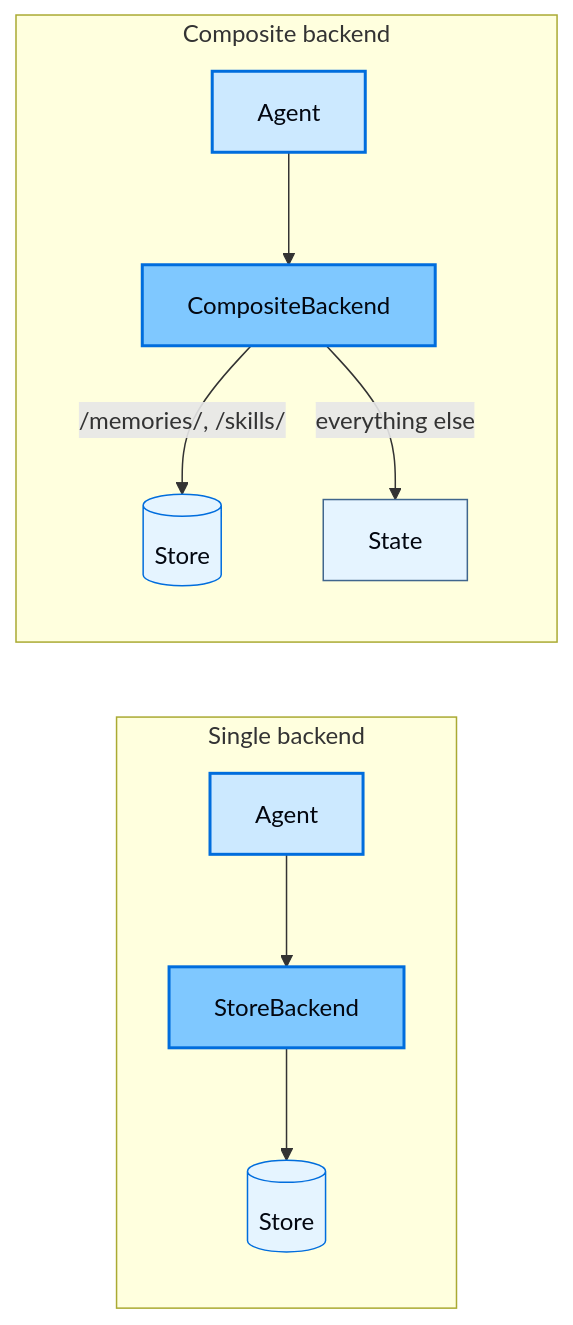
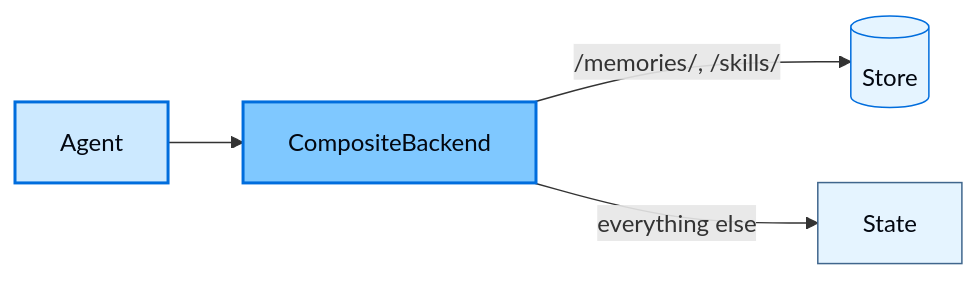
One commit to HelainSchoonjans/lca-deepagents changed the third of 3 diagrams in thinkific/src/m2/m2.2-filesystem.md. Above: the diagram before and after it, drawn with Mermaid. The commit also changed other lines of this file and 1 other file, not shown here.

Commit message:
Display single vs composite backend diagrams side by side

```diff
--- a/thinkific/src/m2/m2.2-filesystem.md
+++ b/thinkific/src/m2/m2.2-filesystem.md
@@ -125,23 +144,16 @@
 <div class="mermaid">
 graph LR
-    subgraph single["Single backend"]
-        A1[Agent] --> SB[StoreBackend]
-        SB --> D1[(Store)]
-    end
-
-    subgraph comp["Composite backend"]
-        A2[Agent] --> CB[CompositeBackend]
-        CB -->|"/memories/, /skills/"| D2[(Store)]
-        CB -->|"everything else"| ST[State]
-    end
+    A2[Agent] --> CB[CompositeBackend]
+    CB -->|"/memories/, /skills/"| D2[(Store)]
+    CB -->|"everything else"| ST[State]
 
     classDef agent fill:#CCE9FF,stroke:#006DDD,stroke-width:2px,color:#030710
     classDef backend fill:#7FC8FF,stroke:#006DDD,stroke-width:2px,color:#030710
     classDef store fill:#E5F4FF,stroke:#006DDD,stroke-width:1px,color:#030710
     classDef state fill:#E5F4FF,stroke:#40668D,stroke-width:1px,color:#030710
 
-    class A1,A2 agent
-    class SB,CB backend
-    class D1,D2 store
+    class A2 agent
+    class CB backend
+    class D2 store
     class ST state
 </div>
```
